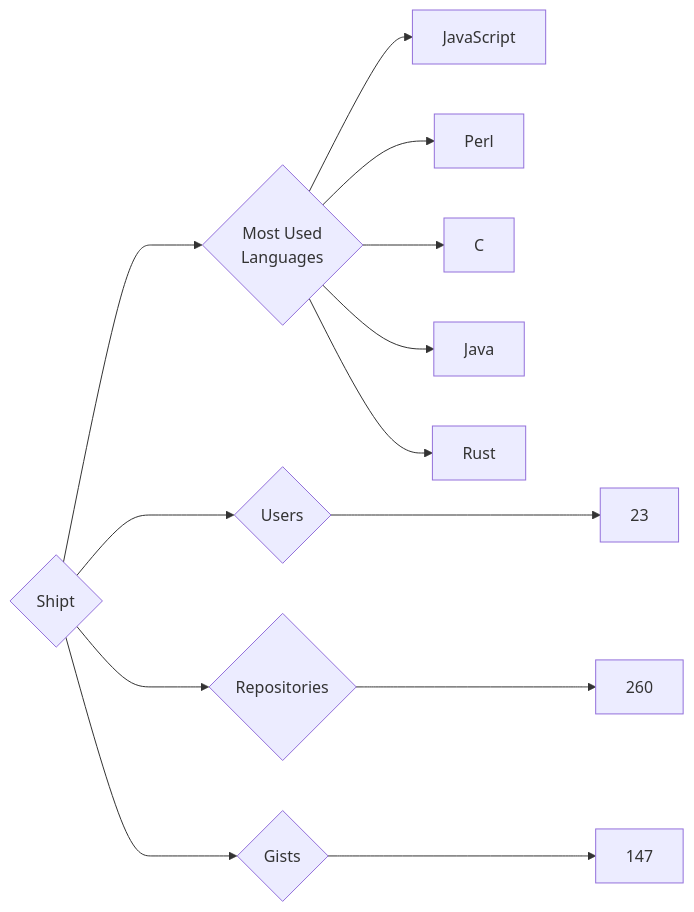
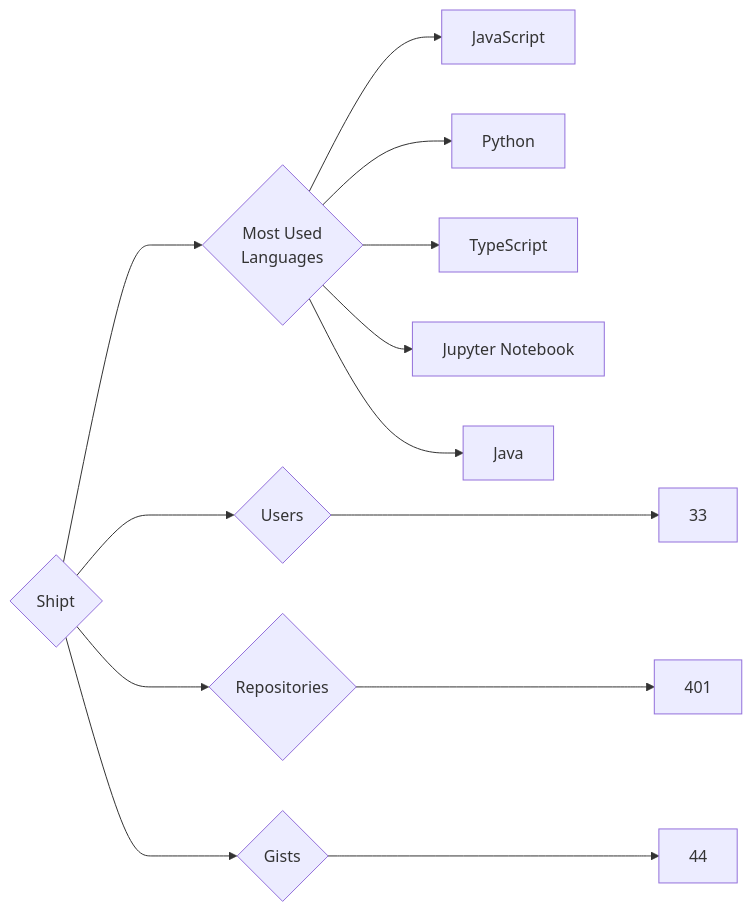
The diagram in targets/Shipt/README.md (trickest/insiders), drawn with Mermaid before and after one commit. The commit also changed 928 other files, not shown here.

````diff
--- a/targets/Shipt/README.md
+++ b/targets/Shipt/README.md
@@ -3,13 +3,13 @@
 ```mermaid
 graph LR
 COMPANY_NAME{Shipt}
-COMPANY_NAME ---> U{Users} ---> UN[23]
-COMPANY_NAME ---> R{Repositories} ---> RN[260]
-COMPANY_NAME ---> G{Gists} ---> GN[147]
+COMPANY_NAME ---> U{Users} ---> UN[33]
+COMPANY_NAME ---> R{Repositories} ---> RN[401]
+COMPANY_NAME ---> G{Gists} ---> GN[44]
 COMPANY_NAME ---> ML{Most Used<br>Languages}
 ML --> JavaScript[JavaScript]
-ML --> Perl[Perl]
-ML --> C[C]
+ML --> Python[Python]
+ML --> TypeScript[TypeScript]
+ML --> Jupyter_Notebook[Jupyter Notebook]
 ML --> Java[Java]
-ML --> Rust[Rust]
 ```
````
